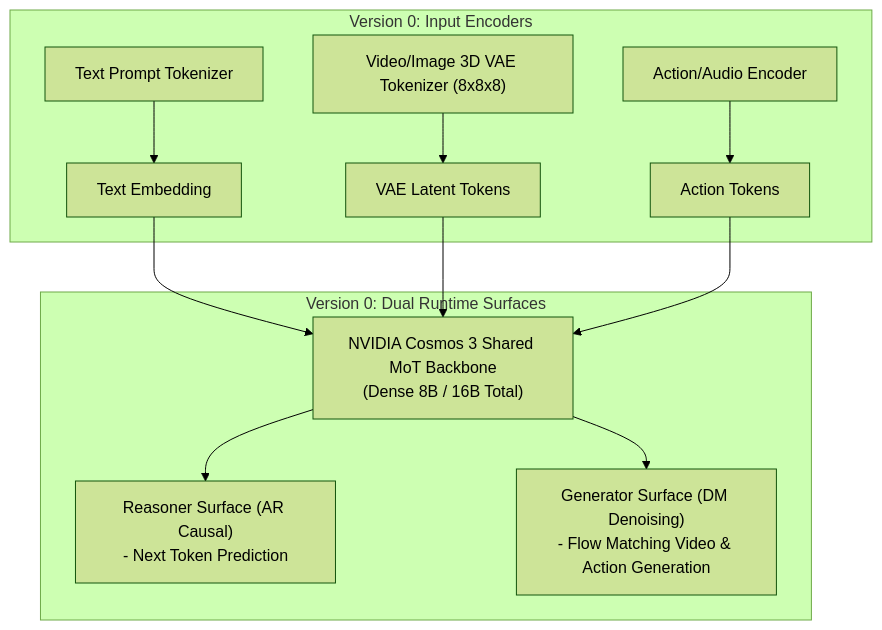
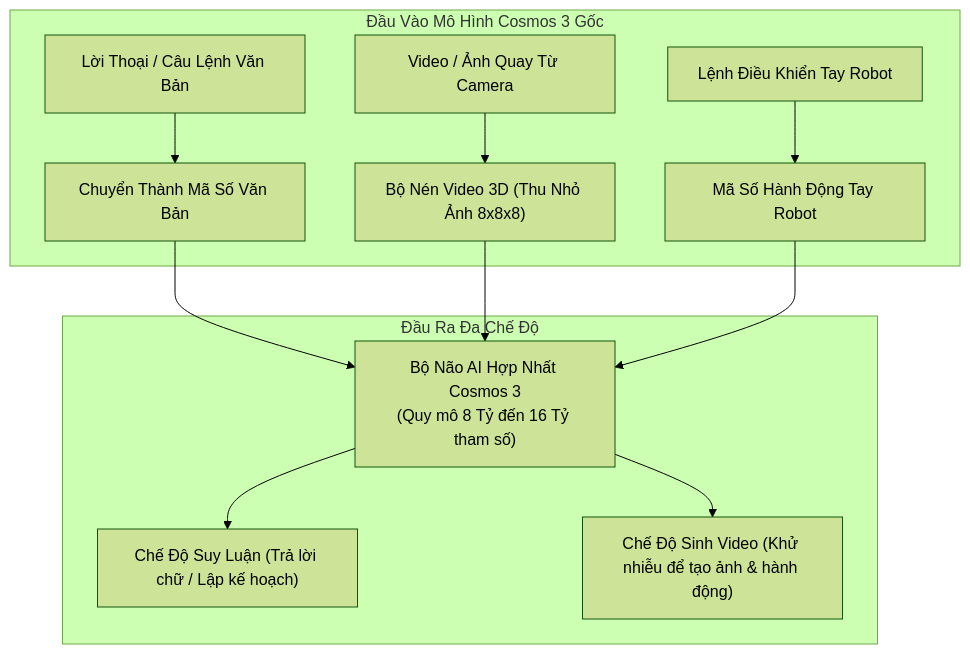
Before and after one commit to datascience180806/mini_cosmos: the first of 8 diagrams in VERSION_COMPARISON.md, drawn with Mermaid (forest theme). The commit also changed other lines of this file, not shown here.

Commit message:
Simplify language in VERSION_COMPARISON.md by replacing math formulas and technical terms with clear, intuitive Vietnamese concepts

````diff
--- a/VERSION_COMPARISON.md
+++ b/VERSION_COMPARISON.md
@@ -34,17 +32,17 @@
 ```mermaid
 flowchart TD
-    subgraph V0_INPUTS["Version 0: Input Encoders"]
-        V0_TEXT["Text Prompt Tokenizer"] --> V0_EMB["Text Embedding"]
-        V0_VIDEO["Video/Image 3D VAE Tokenizer (8x8x8)"] --> V0_LATENT["VAE Latent Tokens"]
-        V0_ACT["Action/Audio Encoder"] --> V0_ACT_TOK["Action Tokens"]
+    subgraph V0_INPUTS["Đầu Vào Mô Hình Cosmos 3 Gốc"]
+        V0_TEXT["Lời Thoại / Câu Lệnh Văn Bản"] --> V0_EMB["Chuyển Thành Mã Số Văn Bản"]
+        V0_VIDEO["Video / Ảnh Quay Từ Camera"] --> V0_LATENT["Bộ Nén Video 3D (Thu Nhỏ Ảnh 8x8x8)"]
+        V0_ACT["Lệnh Điều Khiển Tay Robot"] --> V0_ACT_TOK["Mã Số Hành Động Tay Robot"]
     end
 
-    V0_EMB --> V0_MOT["NVIDIA Cosmos 3 Shared MoT Backbone\n(Dense 8B / 16B Total)"]
+    V0_EMB --> V0_MOT["Bộ Não AI Hợp Nhất Cosmos 3\n(Quy mô 8 Tỷ đến 16 Tỷ tham số)"]
     V0_LATENT --> V0_MOT
     V0_ACT_TOK --> V0_MOT
 
-    subgraph V0_SURFACES["Version 0: Dual Runtime Surfaces"]
-        V0_MOT --> V0_REASONER["Reasoner Surface (AR Causal)\n- Next Token Prediction"]
-        V0_MOT --> V0_GENERATOR["Generator Surface (DM Denoising)\n- Flow Matching Video & Action Generation"]
+    subgraph V0_SURFACES["Đầu Ra Đa Chế Độ"]
+        V0_MOT --> V0_REASONER["Chế Độ Suy Luận (Trả lời chữ / Lập kế hoạch)"]
+        V0_MOT --> V0_GENERATOR["Chế Độ Sinh Video (Khử nhiễu để tạo ảnh & hành động)"]
     end
 ```
````
